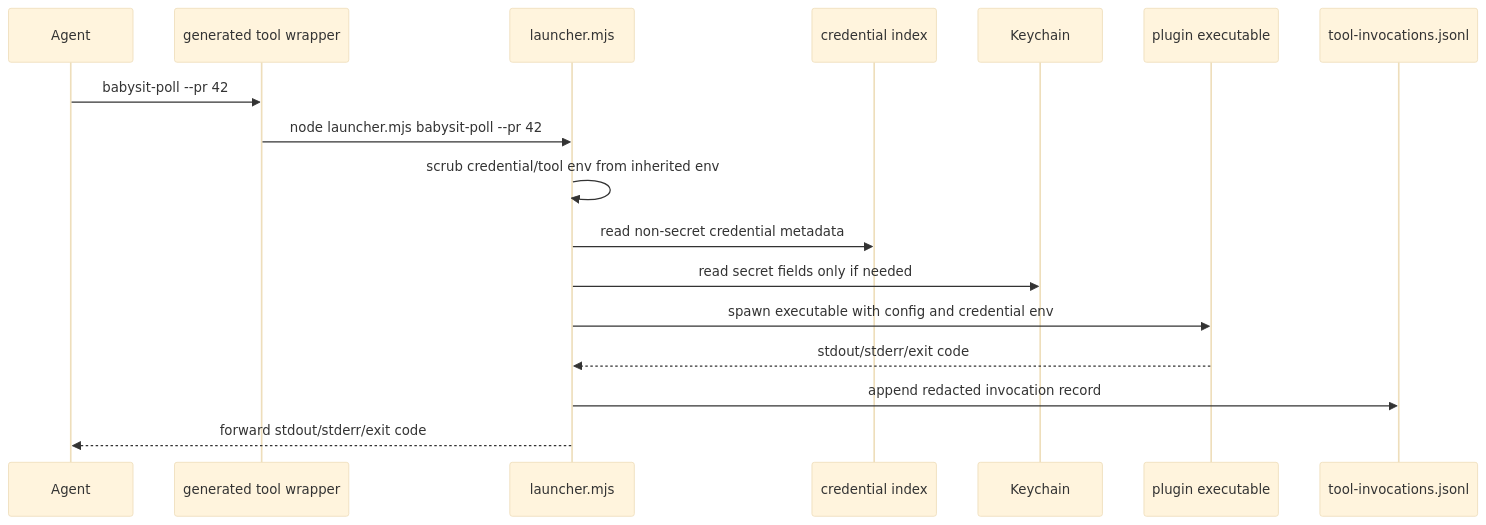
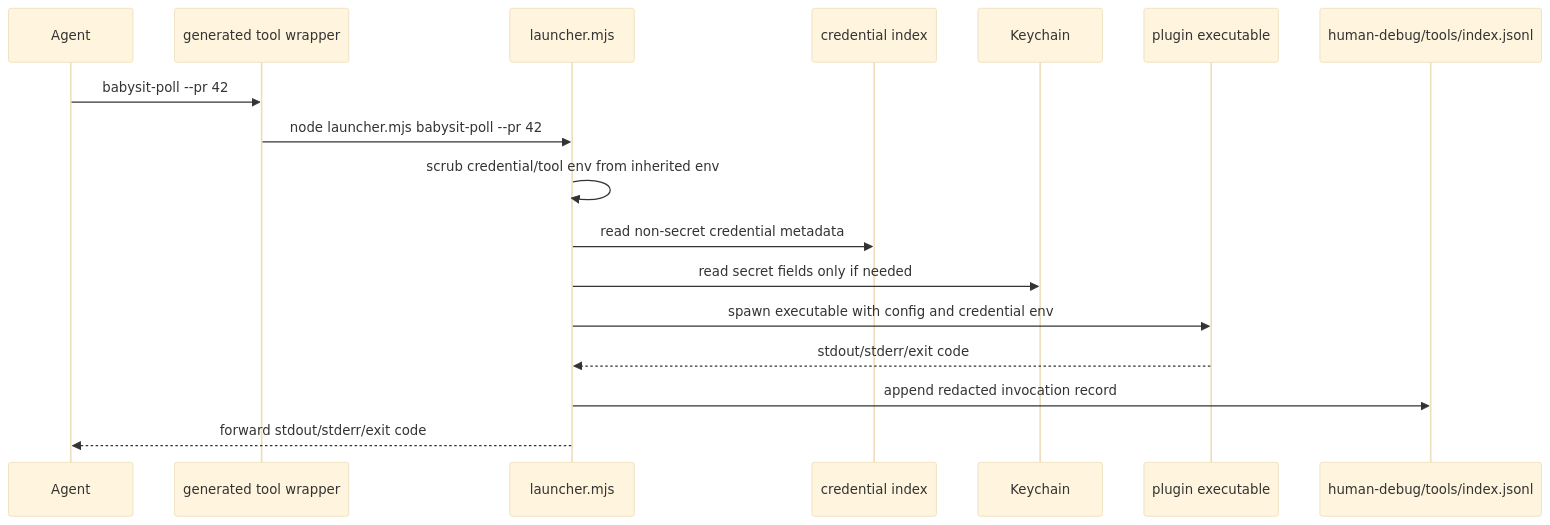
One commit to koji98/agentflow changed the second of 3 diagrams in docs/technical/runtime-tooling.md. Above: the diagram before and after it, drawn with Mermaid (base theme). The commit also changed other lines of this file and 104 other files, not shown here.

````diff
--- a/docs/technical/runtime-tooling.md
+++ b/docs/technical/runtime-tooling.md
@@ -128,20 +128,20 @@
 ```mermaid
 sequenceDiagram
   participant Agent
   participant Wrapper as generated tool wrapper
   participant Launcher as launcher.mjs
   participant Index as credential index
   participant Keychain
   participant Tool as plugin executable
-  participant Ledger as tool-invocations.jsonl
+  participant Ledger as human-debug/tools/index.jsonl
 
   Agent->>Wrapper: babysit-poll --pr 42
   Wrapper->>Launcher: node launcher.mjs babysit-poll --pr 42
   Launcher->>Launcher: scrub credential/tool env from inherited env
   Launcher->>Index: read non-secret credential metadata
   Launcher->>Keychain: read secret fields only if needed
   Launcher->>Tool: spawn executable with config and credential env
   Tool-->>Launcher: stdout/stderr/exit code
   Launcher->>Ledger: append redacted invocation record
   Launcher-->>Agent: forward stdout/stderr/exit code
 ```
````
